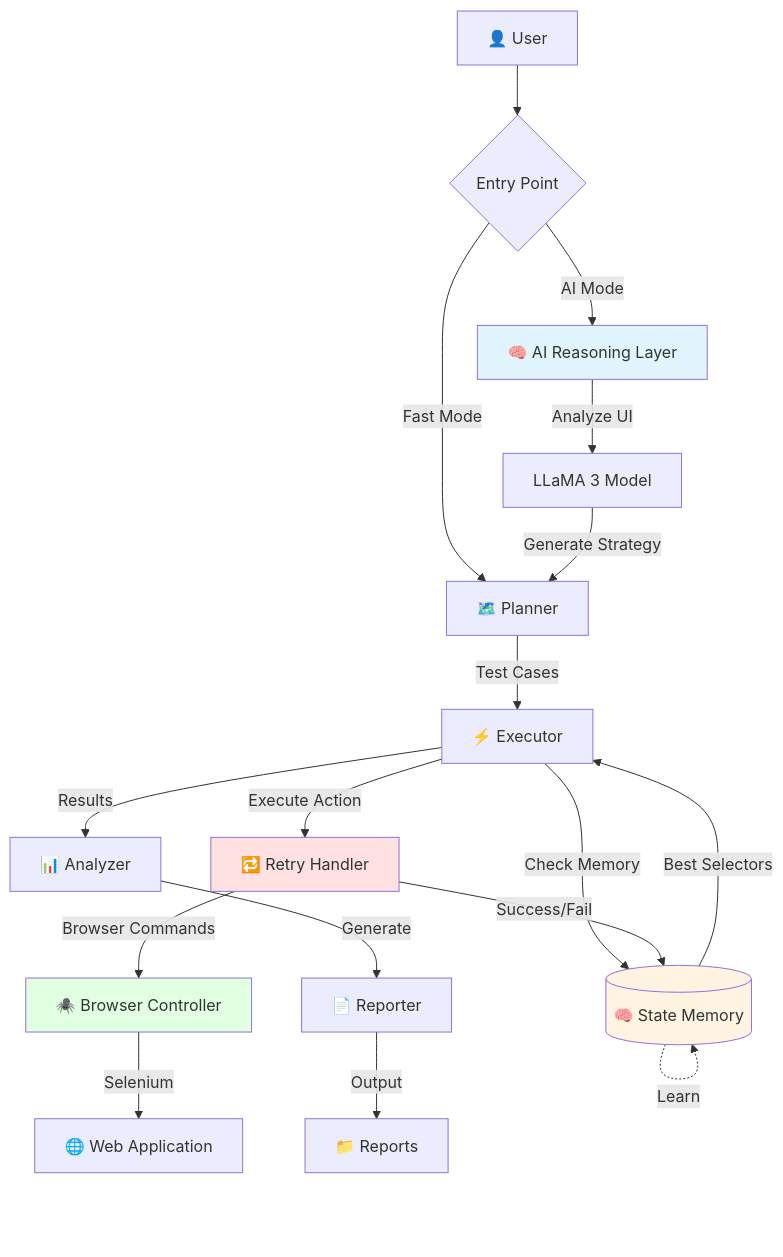
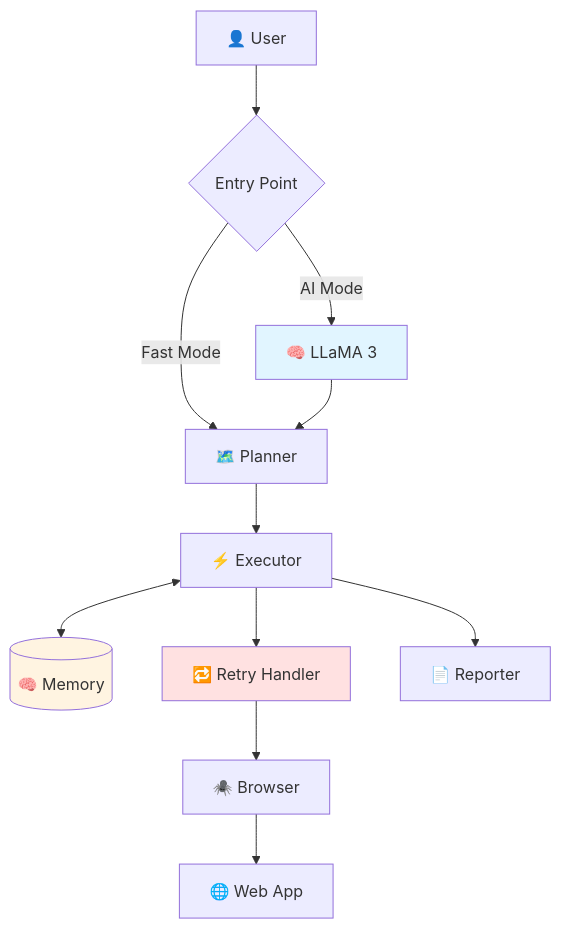
The diagram in README.md (h1eudayne/AIAgentAutoTestWeb), drawn with Mermaid before and after one commit. The commit also changed other lines of this file and 6 other files, not shown here.

````diff
--- a/README.md
+++ b/README.md
@@ -489,31 +268,20 @@
 ```mermaid
 graph TB
     User[👤 User] --> Entry{Entry Point}
-    Entry -->|AI Mode| AI[🧠 AI Reasoning Layer]
+    Entry -->|AI Mode| AI[🧠 LLaMA 3]
     Entry -->|Fast Mode| Planner[🗺️ Planner]
     
-    AI -->|Analyze UI| LLaMA[LLaMA 3 Model]
-    LLaMA -->|Generate Strategy| Planner
+    AI --> Planner
+    Planner --> Executor[⚡ Executor]
     
-    Planner -->|Test Cases| Executor[⚡ Executor]
+    Executor <--> Memory[(🧠 Memory)]
+    Executor --> Retry[🔁 Retry Handler]
+    Retry --> Browser[🕷️ Browser]
+    Browser --> Web[🌐 Web App]
     
-    Executor -->|Check Memory| Memory[(🧠 State Memory)]
-    Memory -->|Best Selectors| Executor
-    
-    Executor -->|Execute Action| Retry[🔁 Retry Handler]
-    Retry -->|Success/Fail| Memory
-    
-    Retry -->|Browser Commands| Browser[🕷️ Browser Controller]
-    Browser -->|Selenium| Web[🌐 Web Application]
-    
-    Executor -->|Results| Analyzer[📊 Analyzer]
-    Analyzer -->|Generate| Reporter[📄 Reporter]
-    Reporter -->|Output| Reports[📁 Reports]
-    
-    Memory -.->|Learn| Memory
+    Executor --> Reporter[📄 Reporter]
     
     style AI fill:#e1f5ff
     style Memory fill:#fff4e1
     style Retry fill:#ffe1e1
-    style Browser fill:#e1ffe1
 ```
````
